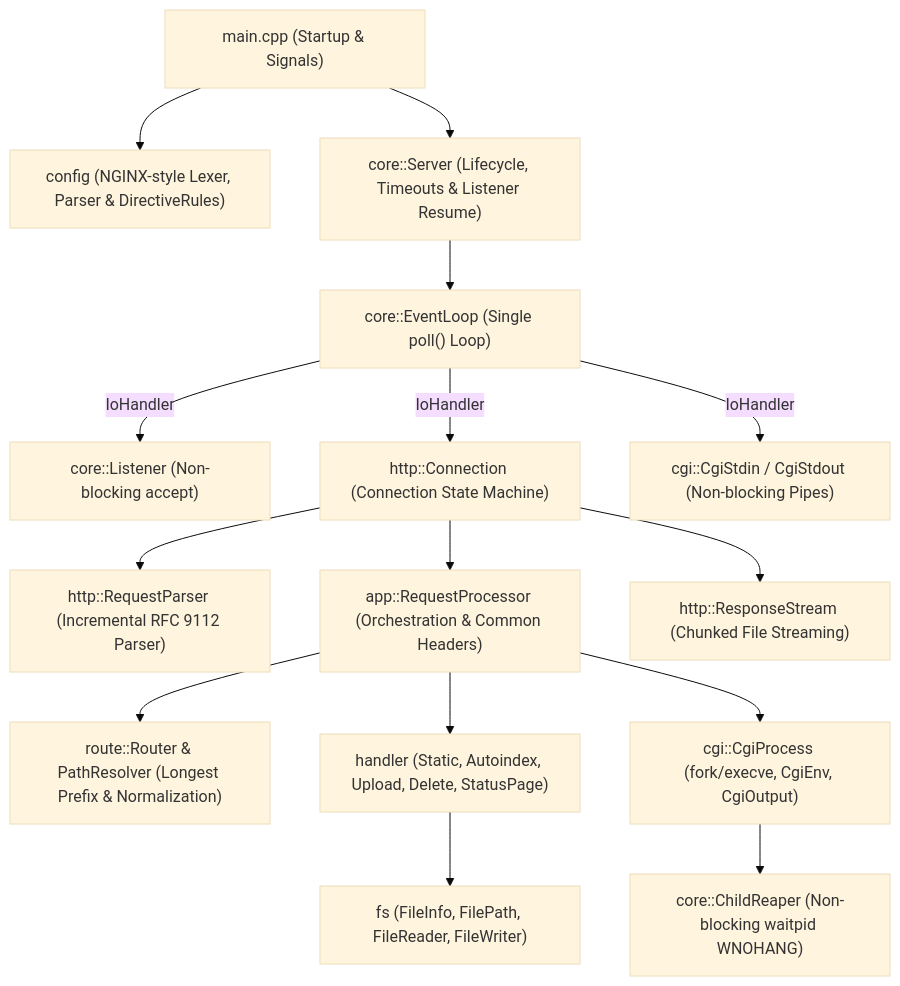
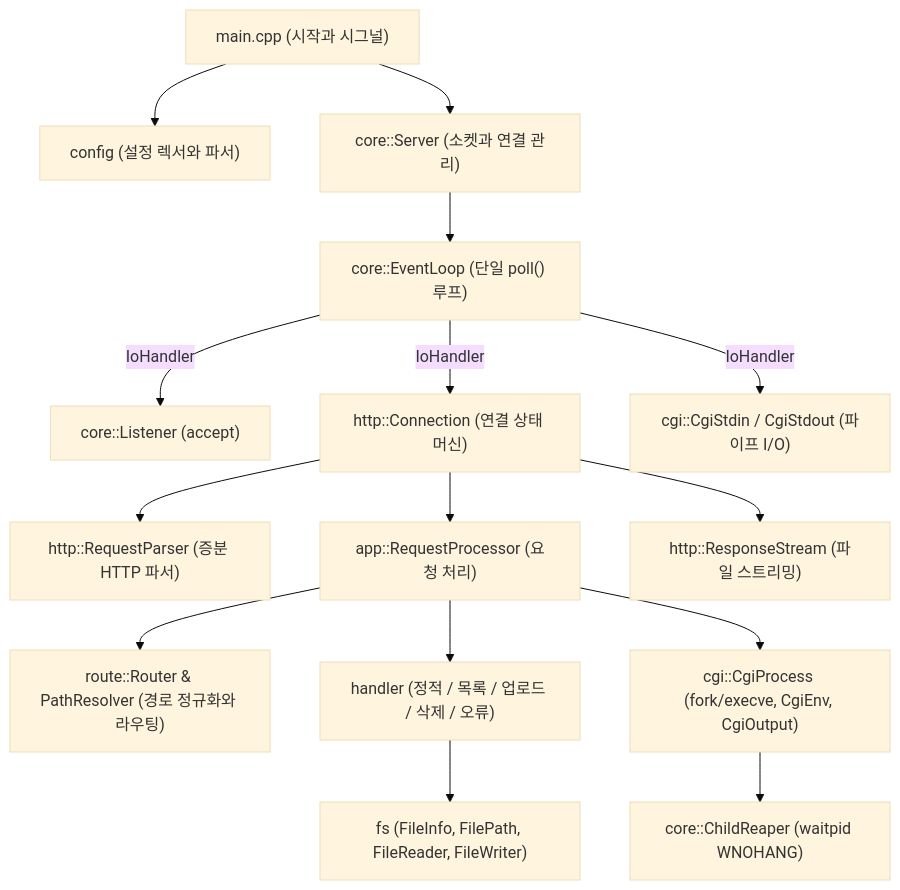
The first of 2 diagrams in docs/architecture.md (42GS/webserv), drawn with Mermaid (base theme) before and after one commit. The commit also changed other lines of this file and 11 other files, not shown here.

````diff
--- a/docs/architecture.md
+++ b/docs/architecture.md
@@ -13,20 +13,20 @@
 ```mermaid
 flowchart TB
-    Main["main.cpp (Startup & Signals)"] --> Config["config (NGINX-style Lexer, Parser & DirectiveRules)"]
-    Main --> Server["core::Server (Lifecycle, Timeouts & Listener Resume)"]
-    Server --> EventLoop["core::EventLoop (Single poll() Loop)"]
-    EventLoop -->|IoHandler| Listener["core::Listener (Non-blocking accept)"]
-    EventLoop -->|IoHandler| Conn["http::Connection (Connection State Machine)"]
-    EventLoop -->|IoHandler| CgiPipes["cgi::CgiStdin / CgiStdout (Non-blocking Pipes)"]
+    Main["main.cpp (시작과 시그널)"] --> Config["config (설정 렉서와 파서)"]
+    Main --> Server["core::Server (소켓과 연결 관리)"]
+    Server --> EventLoop["core::EventLoop (단일 poll() 루프)"]
+    EventLoop -->|IoHandler| Listener["core::Listener (accept)"]
+    EventLoop -->|IoHandler| Conn["http::Connection (연결 상태 머신)"]
+    EventLoop -->|IoHandler| CgiPipes["cgi::CgiStdin / CgiStdout (파이프 I/O)"]
 
-    Conn --> Parser["http::RequestParser (Incremental RFC 9112 Parser)"]
-    Conn --> Processor["app::RequestProcessor (Orchestration & Common Headers)"]
-    Conn --> Stream["http::ResponseStream (Chunked File Streaming)"]
+    Conn --> Parser["http::RequestParser (증분 HTTP 파서)"]
+    Conn --> Processor["app::RequestProcessor (요청 처리)"]
+    Conn --> Stream["http::ResponseStream (파일 스트리밍)"]
 
-    Processor --> Router["route::Router & PathResolver (Longest Prefix & Normalization)"]
-    Processor --> Handlers["handler (Static, Autoindex, Upload, Delete, StatusPage)"]
+    Processor --> Router["route::Router & PathResolver (경로 정규화와 라우팅)"]
+    Processor --> Handlers["handler (정적 / 목록 / 업로드 / 삭제 / 오류)"]
     Processor --> CgiProc["cgi::CgiProcess (fork/execve, CgiEnv, CgiOutput)"]
 
     Handlers --> FS["fs (FileInfo, FilePath, FileReader, FileWriter)"]
-    CgiProc --> Reaper["core::ChildReaper (Non-blocking waitpid WNOHANG)"]
+    CgiProc --> Reaper["core::ChildReaper (waitpid WNOHANG)"]
 ```
````
